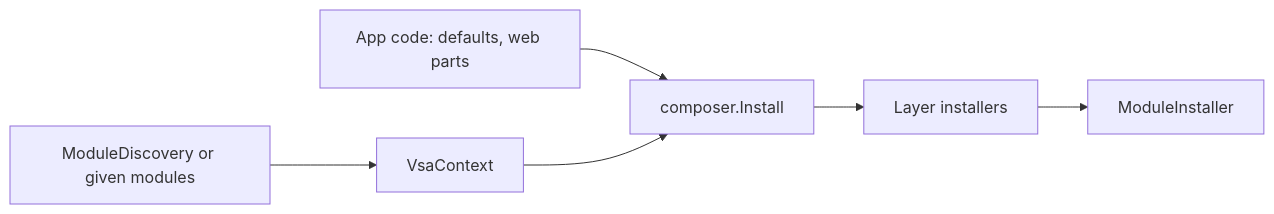
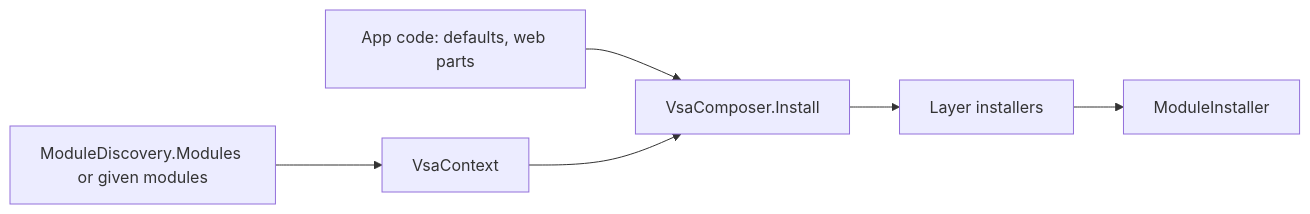
The diagram in docs/composition.md (MgCohen/vsa-template), drawn with Mermaid before and after one commit. The commit also changed other lines of this file and 13 other files, not shown here.

````diff
--- a/docs/composition.md
+++ b/docs/composition.md
@@ -7,8 +7,8 @@
 ```mermaid
 flowchart LR
-    D[ModuleDiscovery or given modules] --> X[VsaContext]
+    D[ModuleDiscovery.Modules or given modules] --> X[VsaContext]
     A[App code: defaults, web parts] --> I
-    X --> I[composer.Install]
+    X --> I[VsaComposer.Install]
     I --> L[Layer installers]
     L --> M[ModuleInstaller]
 ```
````
